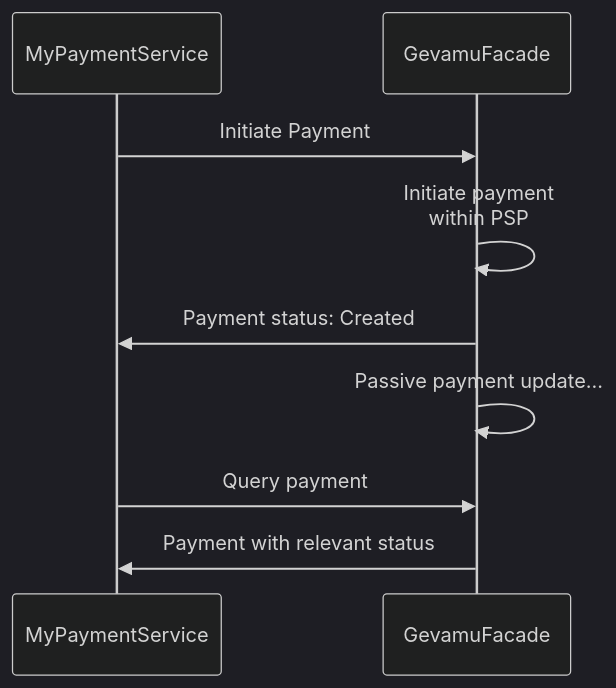
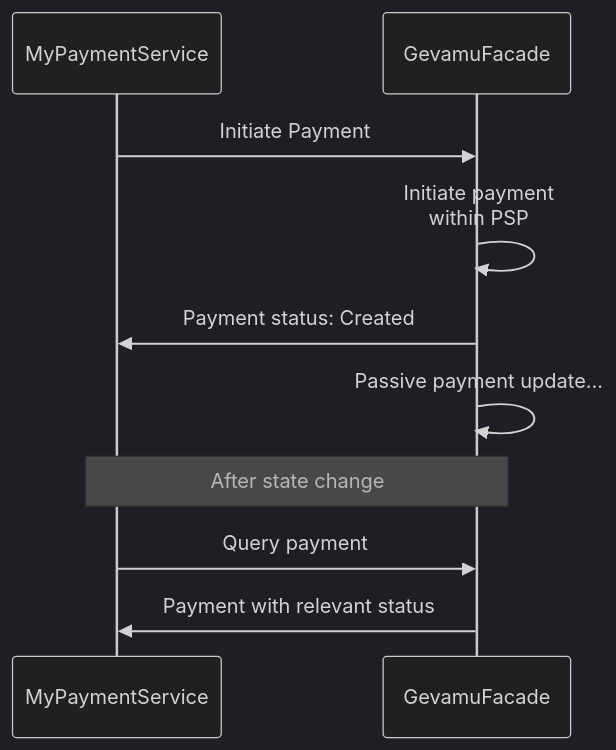
The second of 3 diagrams in content/4.examples/send-payment.md (gevamu/gevamu.github.io), drawn with Mermaid (dark theme) before and after one commit. The commit also changed other lines of this file, not shown here.

````diff
--- a/content/4.examples/send-payment.md
+++ b/content/4.examples/send-payment.md
@@ -59,14 +59,15 @@
 ```mermaid
 
 sequenceDiagram
   participant CA as MyPaymentService
   participant PCD as GevamuFacade
 
   CA->>PCD: Initiate Payment
   PCD->>PCD: Initiate payment <br/> within PSP
   PCD->>CA: Payment status: Created
   PCD->>PCD: Passive payment update...
+  Note over CA,PCD: After state change
   CA->>PCD: Query payment
   PCD->>CA: Payment with relevant status
 
 ```
````
